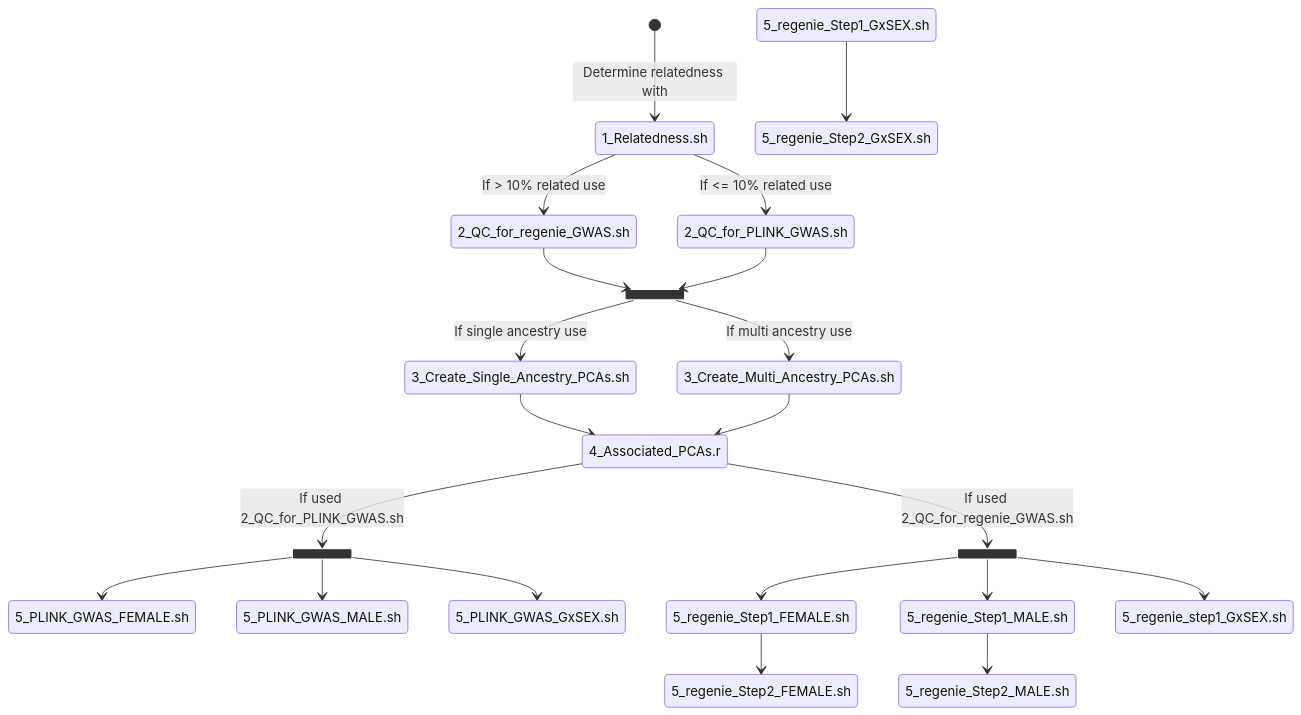
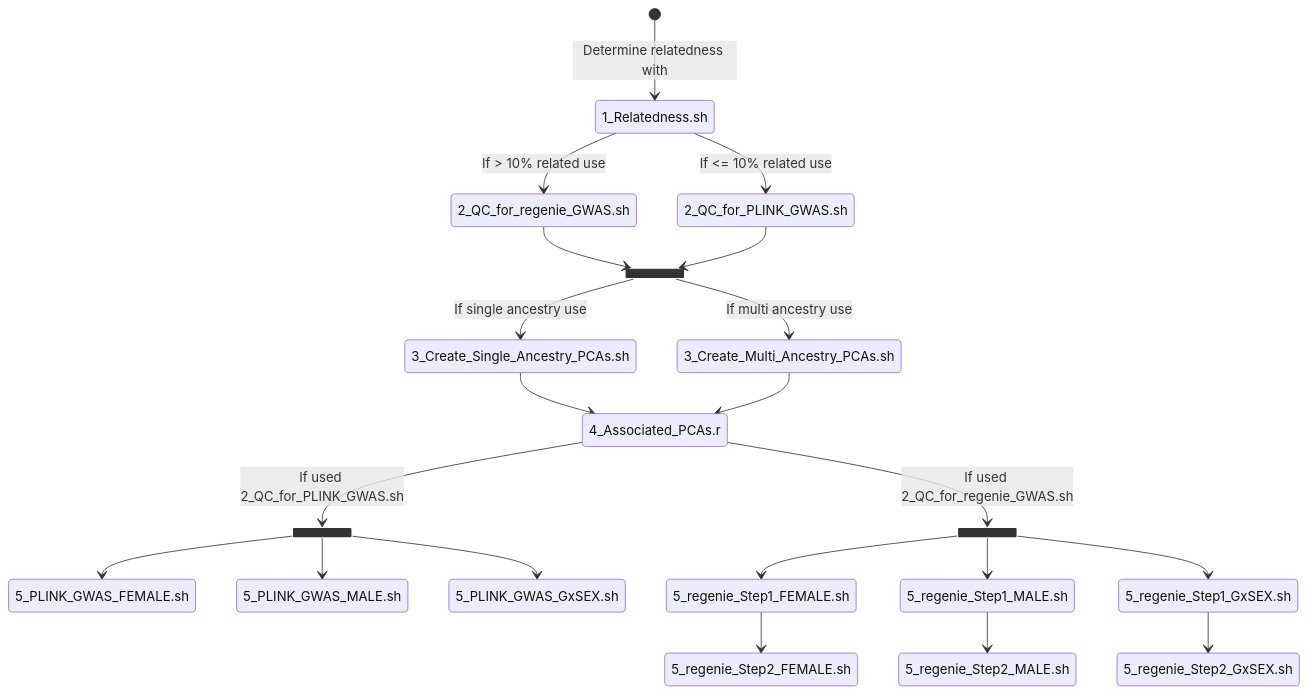
The diagram in README.md (psychiatric-genomics-consortium/sex-stratified-depression), drawn with Mermaid before and after one commit.

````diff
--- a/README.md
+++ b/README.md
@@ -14,26 +14,26 @@
 ```mermaid
 stateDiagram-v2
  state anc <<join>>
  state rel2 <<join>>
  state rel <<join>>
  [*] --> 1_Relatedness.sh : Determine relatedness with
  1_Relatedness.sh --> 2_QC_for_regenie_GWAS.sh : If > 10% related use
  1_Relatedness.sh --> 2_QC_for_PLINK_GWAS.sh : If <= 10% related use
  2_QC_for_regenie_GWAS.sh --> anc
  2_QC_for_PLINK_GWAS.sh --> anc
  anc --> 3_Create_Single_Ancestry_PCAs.sh : If single ancestry use
  anc --> 3_Create_Multi_Ancestry_PCAs.sh : If multi ancestry use
  3_Create_Single_Ancestry_PCAs.sh --> 4_Associated_PCAs.r
  3_Create_Multi_Ancestry_PCAs.sh --> 4_Associated_PCAs.r
  4_Associated_PCAs.r --> rel2 : If used 2_QC_for_regenie_GWAS.sh
  4_Associated_PCAs.r --> rel : If used 2_QC_for_PLINK_GWAS.sh
  rel --> 5_PLINK_GWAS_FEMALE.sh
  rel --> 5_PLINK_GWAS_MALE.sh
  rel --> 5_PLINK_GWAS_GxSEX.sh
  rel2 --> 5_regenie_Step1_FEMALE.sh
  rel2 --> 5_regenie_Step1_MALE.sh
- rel2 --> 5_regenie_step1_GxSEX.sh
+ rel2 --> 5_regenie_Step1_GxSEX.sh
  5_regenie_Step1_FEMALE.sh --> 5_regenie_Step2_FEMALE.sh
  5_regenie_Step1_MALE.sh --> 5_regenie_Step2_MALE.sh
  5_regenie_Step1_GxSEX.sh --> 5_regenie_Step2_GxSEX.sh 
 ```
````
